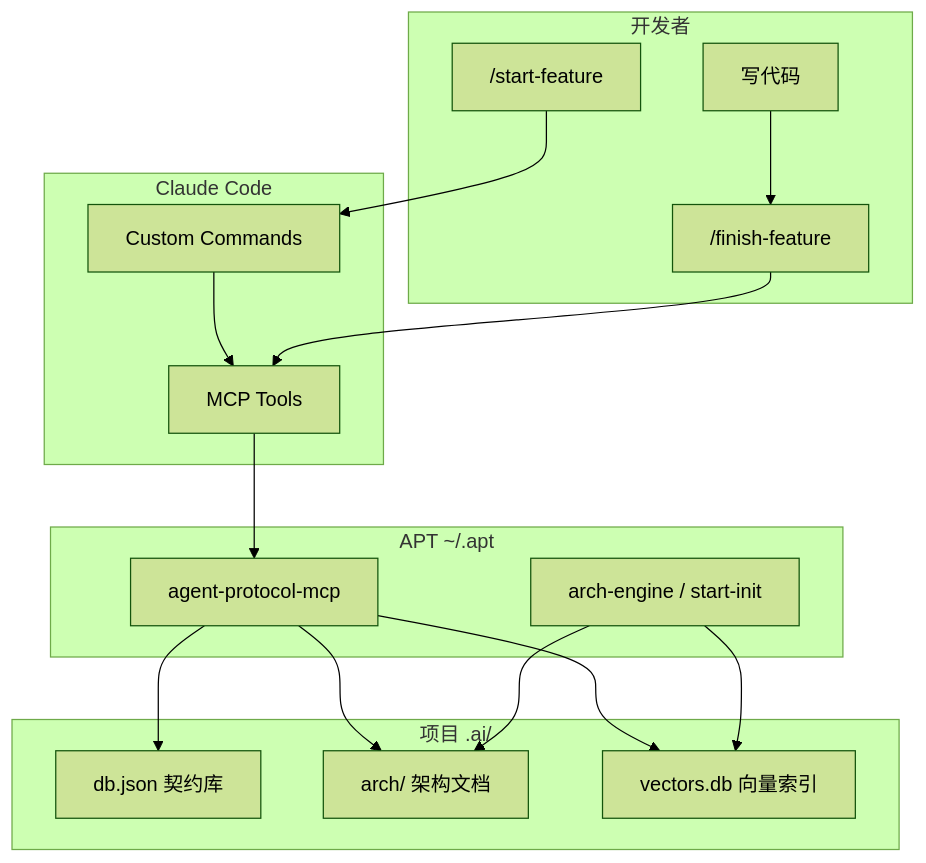
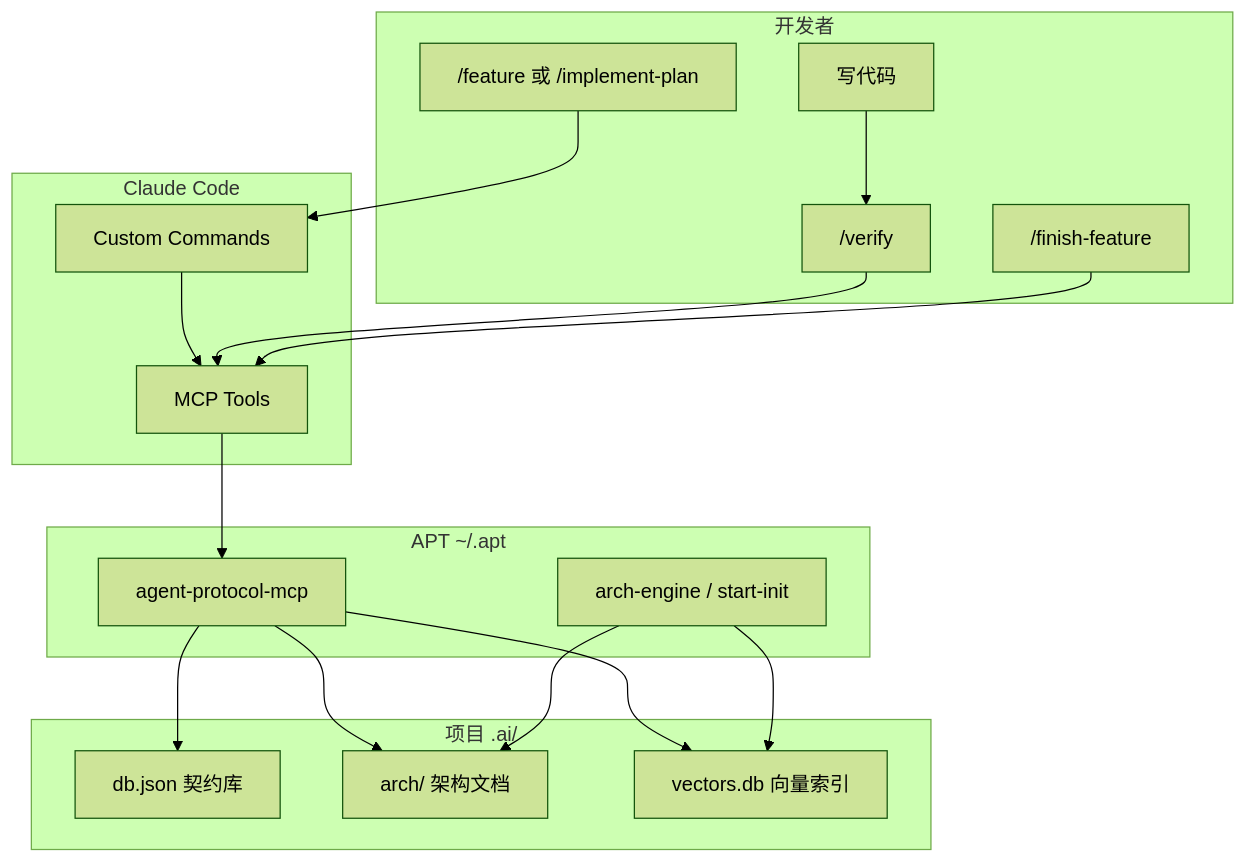
The diagram in README.md (weilt/arch-engine), drawn with Mermaid (forest theme) before and after one commit. The commit also changed other lines of this file and 18 other files, not shown here.

````diff
--- a/README.md
+++ b/README.md
@@ -162,32 +186,35 @@
 ```mermaid
 flowchart TB
   subgraph user [开发者]
-    A["/start-feature"]
+    A["/feature 或 /implement-plan"]
     B["写代码"]
+    V["/verify"]
     C["/finish-feature"]
   end
 
   subgraph cc [Claude Code]
     D["Custom Commands"]
     E["MCP Tools"]
   end
 
   subgraph apt [APT ~/.apt]
     F["agent-protocol-mcp"]
     G["arch-engine / start-init"]
   end
 
   subgraph proj [项目 .ai/]
     H["db.json 契约库"]
     I["arch/ 架构文档"]
     J["vectors.db 向量索引"]
   end
 
   A --> D --> E --> F
   F --> H
   F --> I
   F --> J
   G --> I
   G --> J
-  B --> C --> E
+  B --> V
+  V --> E
+  C --> E
 ```
````
